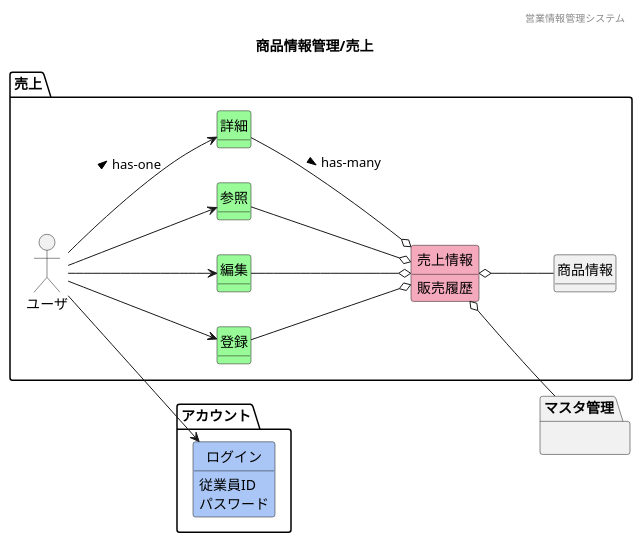
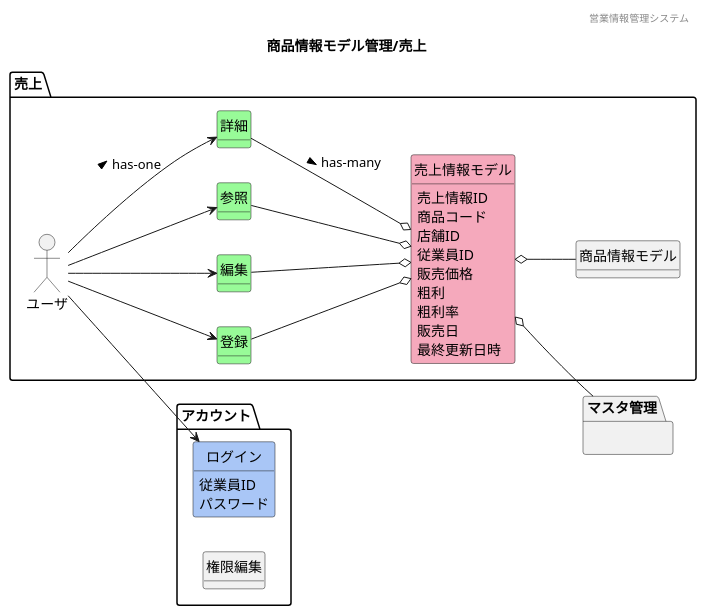
The diagram in 各種設計書/1ドメインモデル図/商品情報管理/F11売上.plantuml (HaruShim/Sotuken), drawn with PlantUML before and after one commit. The commit also changed 13 other files, not shown here.

```diff
--- a/各種設計書/1ドメインモデル図/商品情報管理/F11売上.plantuml
+++ b/各種設計書/1ドメインモデル図/商品情報管理/F11売上.plantuml
@@ -1,59 +1,68 @@
-@startuml images/商品情報管理/売上
+@startuml images/商品情報モデル管理/売上
 ' ヘッダー
 header 営業情報管理システム
 ' タイトル
-title 商品情報管理/売上
+title 商品情報モデル管理/売上
 ' 
 hide circle
 ' 
 hide method
 left to right direction
 
 package "アカウント"{
     class "ログイン" #A9C6F6
+    class "権限編集"
 }
 
 package "売上" {
     'ユーザや外部システム
     mix_actor "ユーザ"
     class "登録" #98fb98
     class "編集" #98fb98
     class "参照" #98fb98
     class "詳細" #98fb98
-    class "売上情報" #F5A9BC
-    class "商品情報"
+    class "売上情報モデル" #F5A9BC
+    class "商品情報モデル"
 }
     package "マスタ管理"{
     }
     ' class "" #F5A9BC
     ' class "" #ffd700
 
     'モデル同士の関係
     ユーザ --> 参照
     ユーザ --> 登録
     ユーザ --> 編集
     ユーザ --> 詳細 : > has-one
     ユーザ --> ログイン
-    参照 --o 売上情報
-    登録 --o 売上情報
-    編集 --o 売上情報
-    詳細 --o 売上情報 : > has-many
-    売上情報 o-- 商品情報
-    売上情報 o-- マスタ管理
+    参照 --o 売上情報モデル
+    登録 --o 売上情報モデル
+    編集 --o 売上情報モデル
+    詳細 --o 売上情報モデル : > has-many
+    売上情報モデル o-- 商品情報モデル
+    売上情報モデル o-- マスタ管理
 
     'ドメインクラスの属性
-    ' 商品情報 : 型番
-    ' 商品情報 : 商品コード
-    ' 商品情報 : JANコード
-    ' 商品情報 : 商品画像
-    ' 商品情報 : 在庫場所
-    ' 商品情報 : カテゴリ
-    ' 商品情報 : 仕入価格
-    売上情報 : 販売履歴
+    ' 商品情報モデル : 型番
+    ' 商品情報モデル : 商品コード
+    ' 商品情報モデル : JANコード
+    ' 商品情報モデル : 商品画像
+    ' 商品情報モデル : 在庫場所
+    ' 商品情報モデル : カテゴリ
+    ' 商品情報モデル : 仕入価格
+    売上情報モデル : 売上情報ID
+    売上情報モデル : 商品コード
+    売上情報モデル : 店舗ID
+    売上情報モデル : 従業員ID
+    売上情報モデル : 販売価格
+    売上情報モデル : 粗利
+    売上情報モデル : 粗利率
+    売上情報モデル : 販売日
+    売上情報モデル : 最終更新日時
     ログイン : 従業員ID
     ログイン : パスワード
 
 
 
 
 @enduml
```
